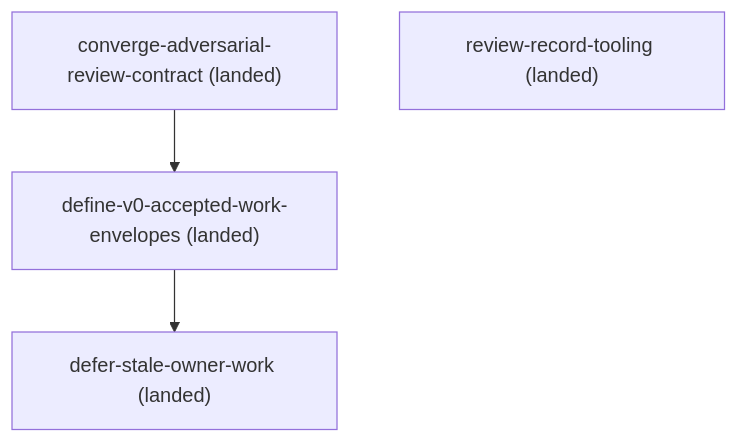
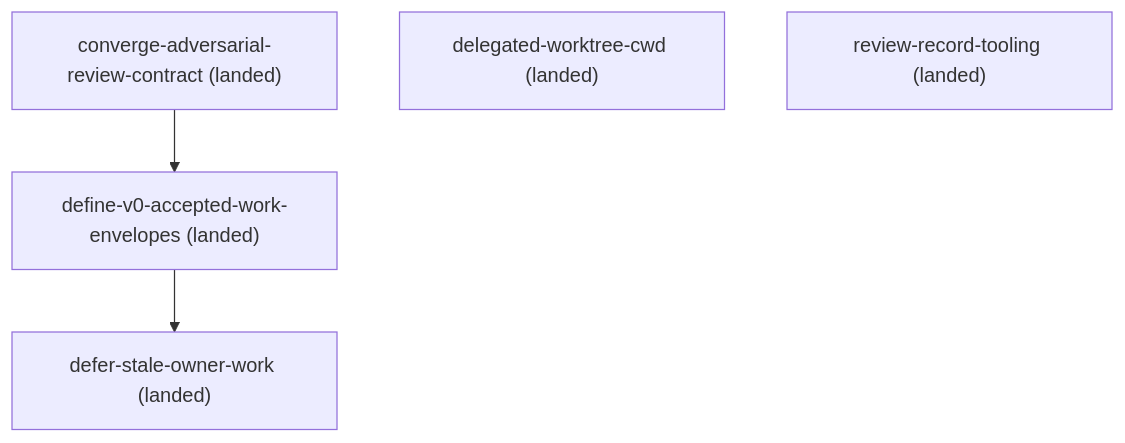
The diagram in docs/roadmap.md (kli66/reviewed-change-orchestration), drawn with Mermaid before and after one commit. The commit also changed other lines of this file and 9 other files, not shown here.

First line of the commit message:
docs(dispatch): launch delegated roles in the item worktree

````diff
--- a/docs/roadmap.md
+++ b/docs/roadmap.md
@@ -18,9 +19,10 @@
 ```mermaid
 flowchart TD
     converge_adversarial_review_contract["converge-adversarial-review-contract (landed)"]
     defer_stale_owner_work["defer-stale-owner-work (landed)"]
     define_v0_accepted_work_envelopes["define-v0-accepted-work-envelopes (landed)"]
+    delegated_worktree_cwd["delegated-worktree-cwd (landed)"]
     review_record_tooling["review-record-tooling (landed)"]
     converge_adversarial_review_contract --> define_v0_accepted_work_envelopes
     define_v0_accepted_work_envelopes --> defer_stale_owner_work
 ```
````
